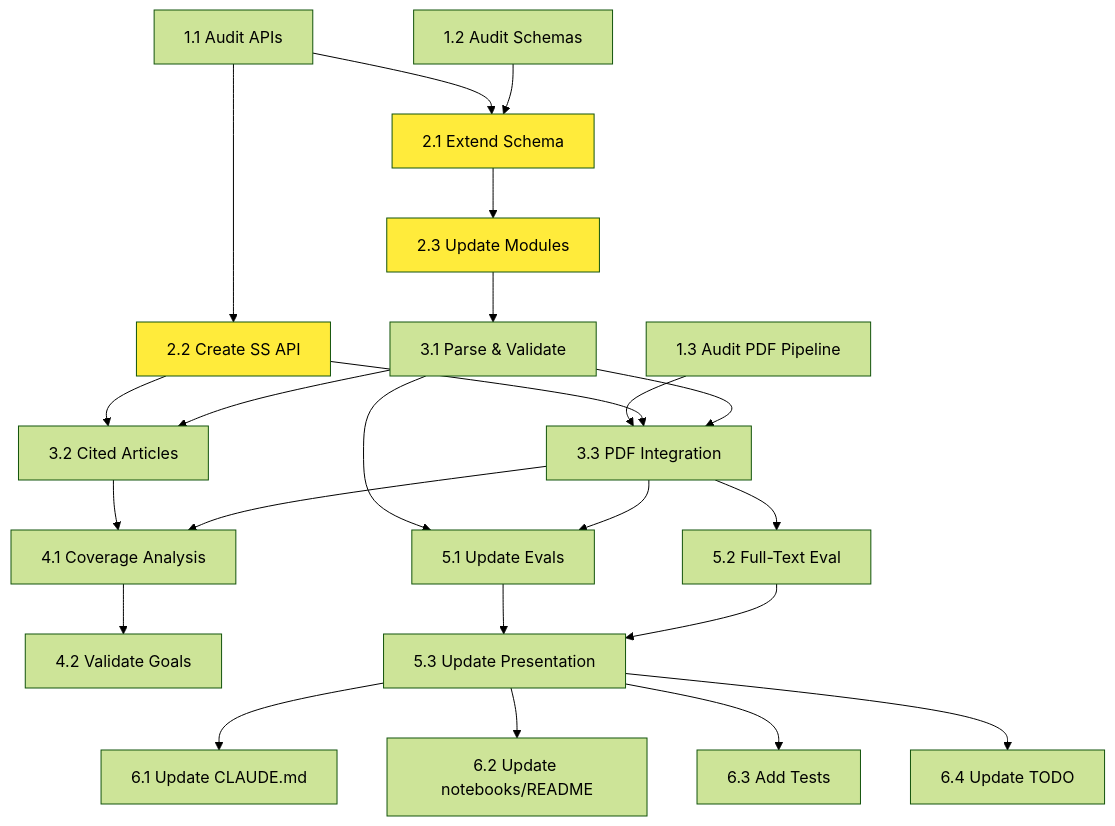
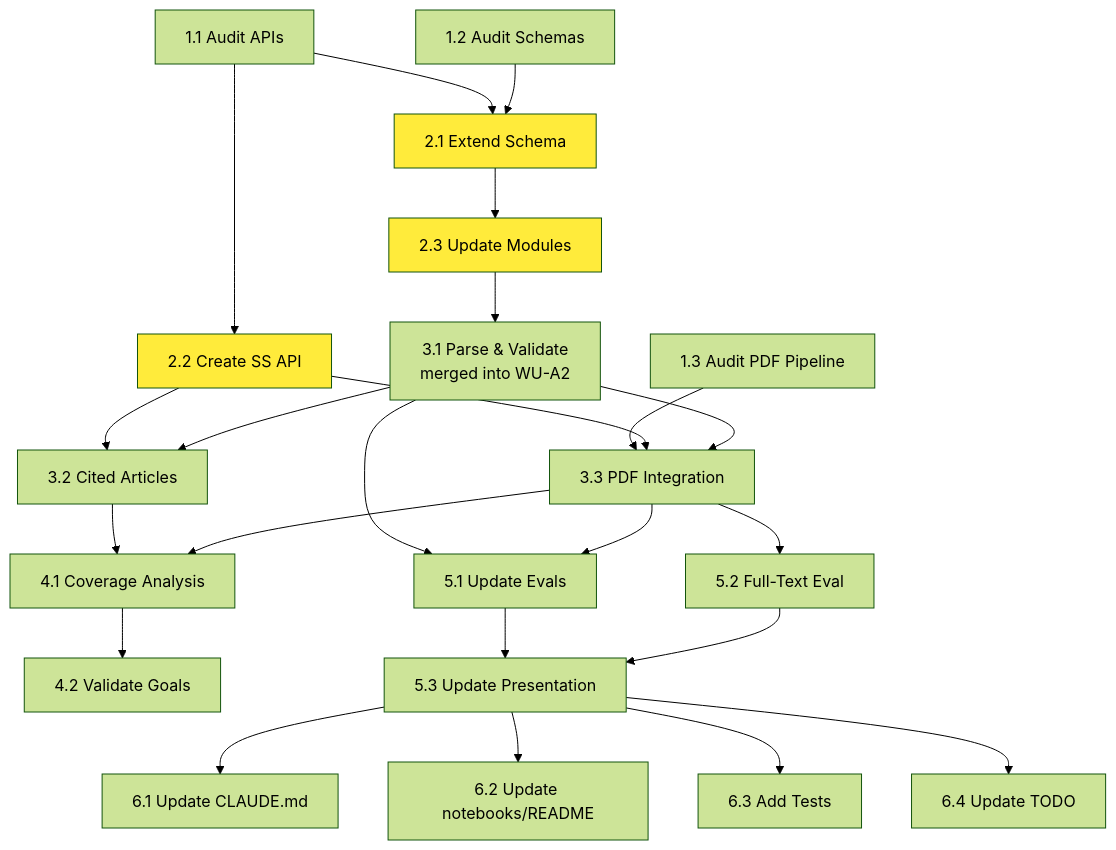
One commit to BiodiversiteQuebec/llm_metadata changed the diagram in plans/integrate_semantic_scholar/AGENT_EXECUTION_PLAN.md. Above: the diagram before and after it, drawn with Mermaid (forest theme). The commit also changed other lines of this file and 5 other files, not shown here.

````diff
--- a/plans/integrate_semantic_scholar/AGENT_EXECUTION_PLAN.md
+++ b/plans/integrate_semantic_scholar/AGENT_EXECUTION_PLAN.md
@@ -72,39 +72,39 @@
 ```mermaid
 graph TD
     A[1.1 Audit APIs] --> D[2.1 Extend Schema]
     B[1.2 Audit Schemas] --> D
     C[1.3 Audit PDF Pipeline] --> G[3.3 PDF Integration]
     
     A --> E[2.2 Create SS API]
     
     D --> F[2.3 Update Modules]
-    F --> H[3.1 Parse & Validate]
+    F --> H[3.1 Parse & Validate<br/>merged into WU-A2]
     
     E --> I[3.2 Cited Articles]
     H --> I
     
     E --> G
     H --> G
     
     I --> J[4.1 Coverage Analysis]
     G --> J
     
     J --> K[4.2 Validate Goals]
     
     H --> L[5.1 Update Evals]
     G --> L
     
     G --> M[5.2 Full-Text Eval]
     
     L --> N[5.3 Update Presentation]
     M --> N
     
     N --> O[6.1 Update CLAUDE.md]
     N --> P[6.2 Update notebooks/README]
     N --> Q[6.3 Add Tests]
     N --> R[6.4 Update TODO]
     
     style D fill:#ffeb3b
     style E fill:#ffeb3b
     style F fill:#ffeb3b
 ```
````
